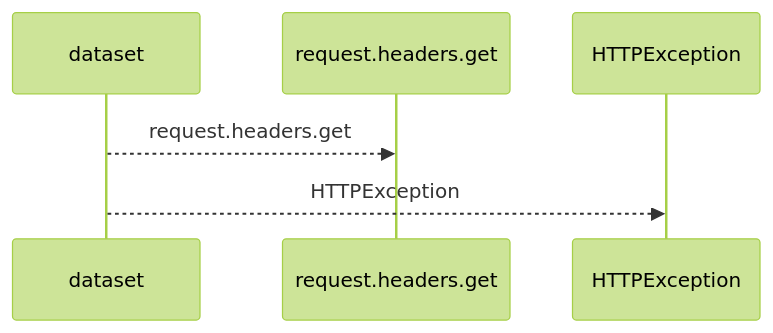
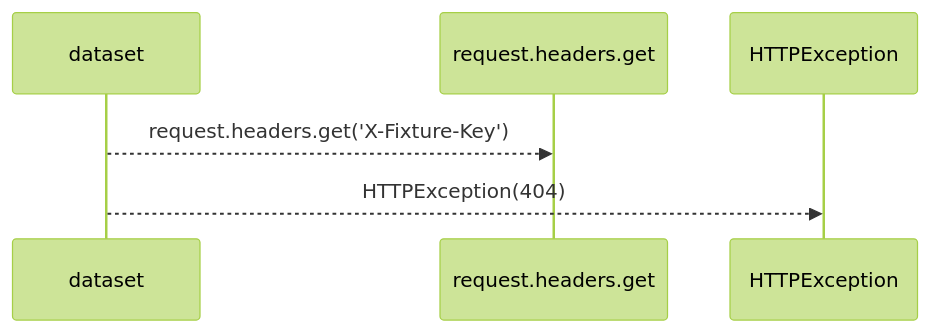
The first of 2 diagrams in docs/llm_wiki/flows/http-dataset.md (Denissvgn/WorkChord), drawn with Mermaid (forest theme) before and after one commit. The commit also changed other lines of this file and 25171 other files, not shown here.

````diff
--- a/docs/llm_wiki/flows/http-dataset.md
+++ b/docs/llm_wiki/flows/http-dataset.md
@@ -10,8 +12,8 @@
 ```mermaid
 sequenceDiagram
     participant p0 as dataset
     participant p1 as request.headers.get
     participant p2 as HTTPException
-    p0-->>p1: request.headers.get
-    p0-->>p2: HTTPException
+    p0-->>p1: request.headers.get('X-Fixture-Key')
+    p0-->>p2: HTTPException(404)
 ```
````
